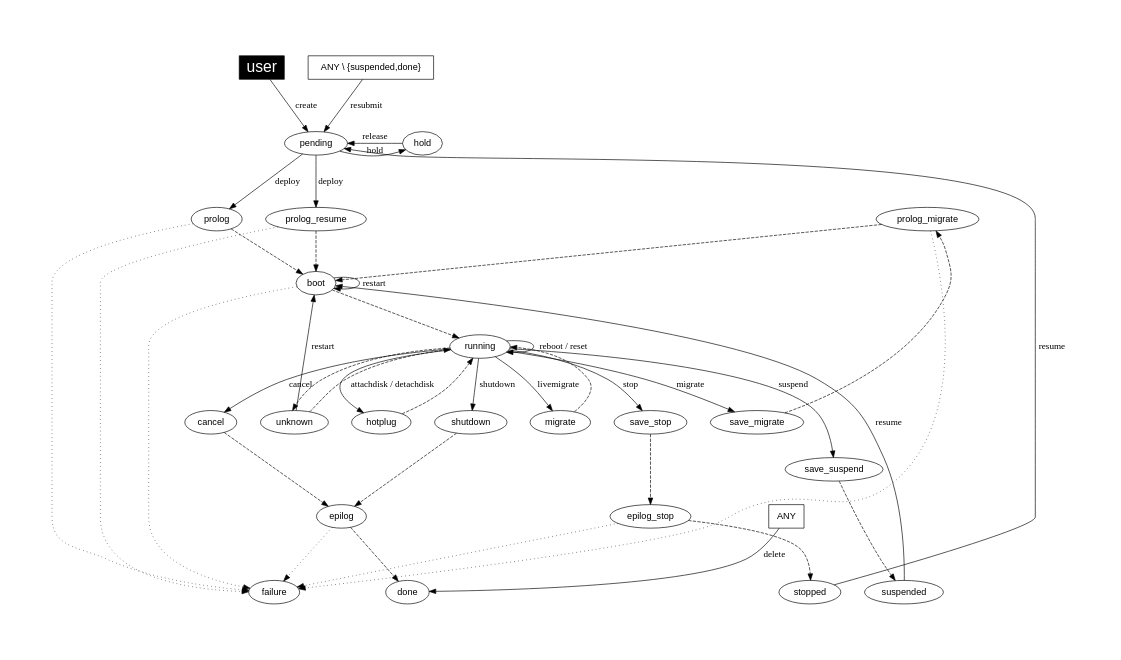
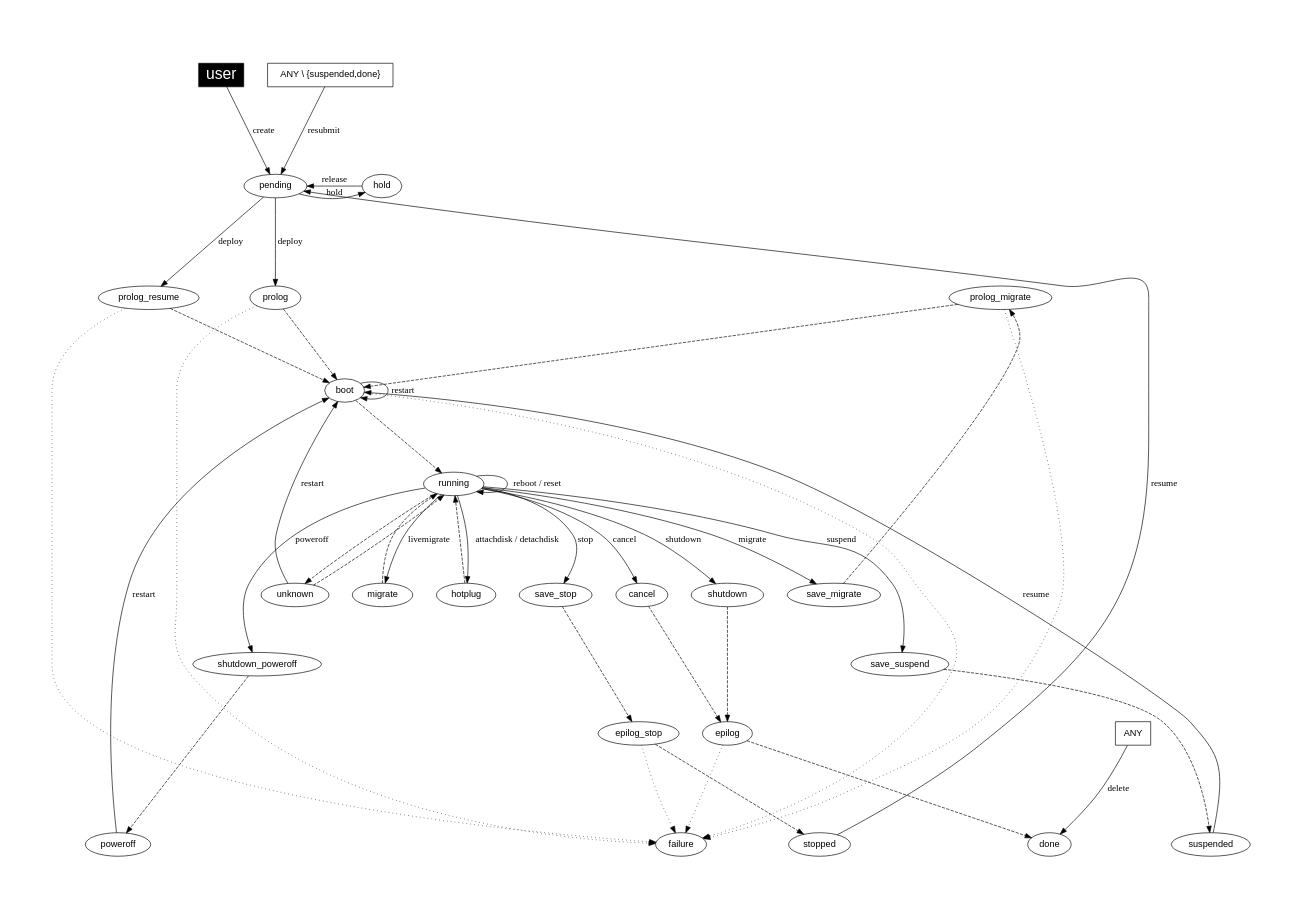
Before and after one commit to OpenNebula/one: the diagram in share/doc/states/states-complete.dot, drawn with Graphviz. The commit also changed 1 other file, not shown here.

Commit message:
Feature #1404: Add new VM states to .dot diagram files

```diff
--- a/share/doc/states/states-complete.dot
+++ b/share/doc/states/states-complete.dot
@@ -1,105 +1,110 @@
 
 
 digraph OpenNebula {
     graph [
         nodesep= 0.5,
         ratio=0.7,
         pad=1,
     ];
 
     node [fontname="Helvetica"];
     edge [fontname="Menlo"];
     
     user [
         fillcolor="black",
         style="filled", shape="box",
         fontcolor="white", fontsize= "24.0"];
 
     ANY [ shape="box" ];
     "ANY \\ {suspended,done}" [ shape="box" ];
 
     subgraph { rank = min; user}
     subgraph { rank = same; pending; hold; color="white"}
     subgraph { rank = same; prolog; prolog_resume; prolog_migrate;
     color="white" }
 
     subgraph { rank = max; suspended; done; failure;
-    stopped;color="white" }
+    stopped; poweroff; color="white" }
 
 #   create
     user -> pending [label="create"];
 
 #   deploy
     pending     -> prolog_resume [label="deploy"];
     prolog_resume -> boot [style="dashed"];
 
     pending     -> prolog [label="deploy"];
     prolog      -> boot [style="dashed"];
     boot        -> running [style="dashed"];
 
 #   shutdown
     running     -> shutdown [label="shutdown"];
     shutdown    -> epilog [style="dashed"];
     epilog      -> done [style="dashed"];
+
+#   poweroff
+    running             -> shutdown_poweroff [label="poweroff"];
+    shutdown_poweroff   -> poweroff [style="dashed"];
 
 #   livemigrate
     running     -> migrate [label="livemigrate"];
     migrate     -> running [style="dashed"];
 
 #   migrate
     running         -> save_migrate [label="migrate"];
     save_migrate    -> prolog_migrate [style="dashed"];
     prolog_migrate  -> boot [style="dashed"];
 
 #   hold
     pending     -> hold [label="hold"];
 
 #   release
     hold        -> pending [label="release"];
 
 #   stop
     running     -> save_stop [label="stop"];
     save_stop   -> epilog_stop [style="dashed"];
     epilog_stop -> stopped [style="dashed"];
 
 #   cancel
     running     -> cancel [label="cancel"];
     cancel      -> epilog [style="dashed"];
 
 #   suspend
     running         -> save_suspend [label="suspend"];
     save_suspend    -> suspended [style="dashed"];
 
 #   resume
     stopped     -> pending [label="resume"];
     suspended   -> boot [label="resume"];
 
 #   delete
     ANY         -> done [label="delete"];
 
 #   restart
     unknown     -> boot [label="restart"];
     boot        -> boot [label="restart"];
+    poweroff    -> boot [label="restart"];
 
 #   reboot, reset
     running     -> running [label="reboot / reset"];
 
 #   attachdisk
     running     -> hotplug [label="attachdisk / detachdisk"]
     hotplug     -> running [style="dashed"];
 
 #   resubmit
     "ANY \\ {suspended,done}" -> pending [label="resubmit"];
 
 #   failures and misc.
     epilog_stop     -> failure [style="dotted"];
     epilog          -> failure [style="dotted"];
     prolog          -> failure [style="dotted"];
     prolog_migrate  -> failure [style="dotted"];
     prolog_resume   -> failure [style="dotted"];
     boot            -> failure [style="dotted"];
 
 
     running -> unknown [style="dashed"];
     unknown -> running [style="dashed"];
 }
```
